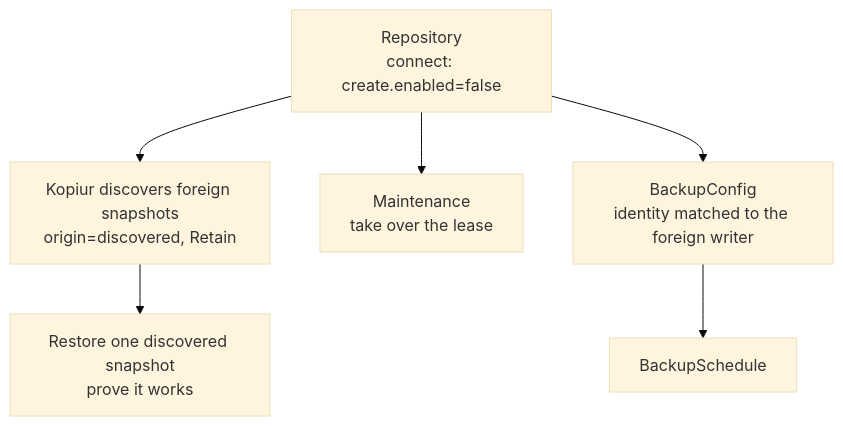
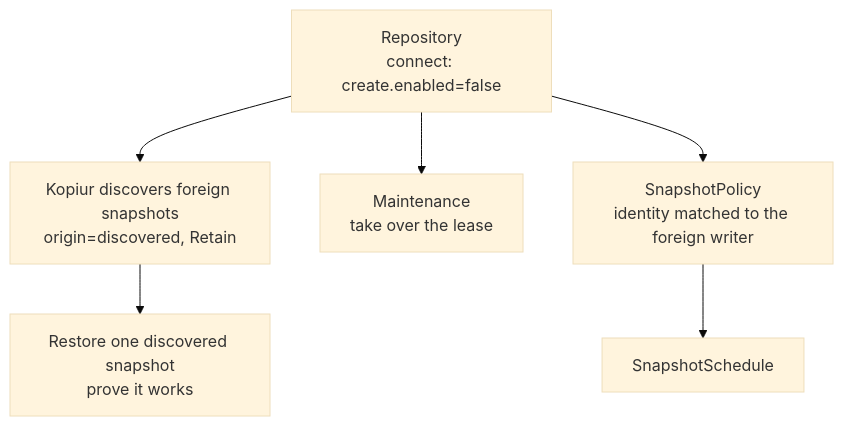
Before and after one commit to perfectra1n/kopiur: the diagram in docs/scenarios/adopt-existing-repo.md, drawn with Mermaid (base theme). The commit also changed other lines of this file and 178 other files, not shown here.

````diff
--- a/docs/scenarios/adopt-existing-repo.md
+++ b/docs/scenarios/adopt-existing-repo.md
@@ -10,8 +10,8 @@
 ```mermaid
 flowchart TB
   REPO[Repository<br/>connect: create.enabled=false] --> DISC[Kopiur discovers foreign snapshots<br/>origin=discovered, Retain]
   REPO --> MNT[Maintenance<br/>take over the lease]
   DISC --> RST[Restore one discovered snapshot<br/>prove it works]
-  REPO --> BC[BackupConfig<br/>identity matched to the foreign writer]
-  BC --> SCH[BackupSchedule]
+  REPO --> BC[SnapshotPolicy<br/>identity matched to the foreign writer]
+  BC --> SCH[SnapshotSchedule]
 ```
````
